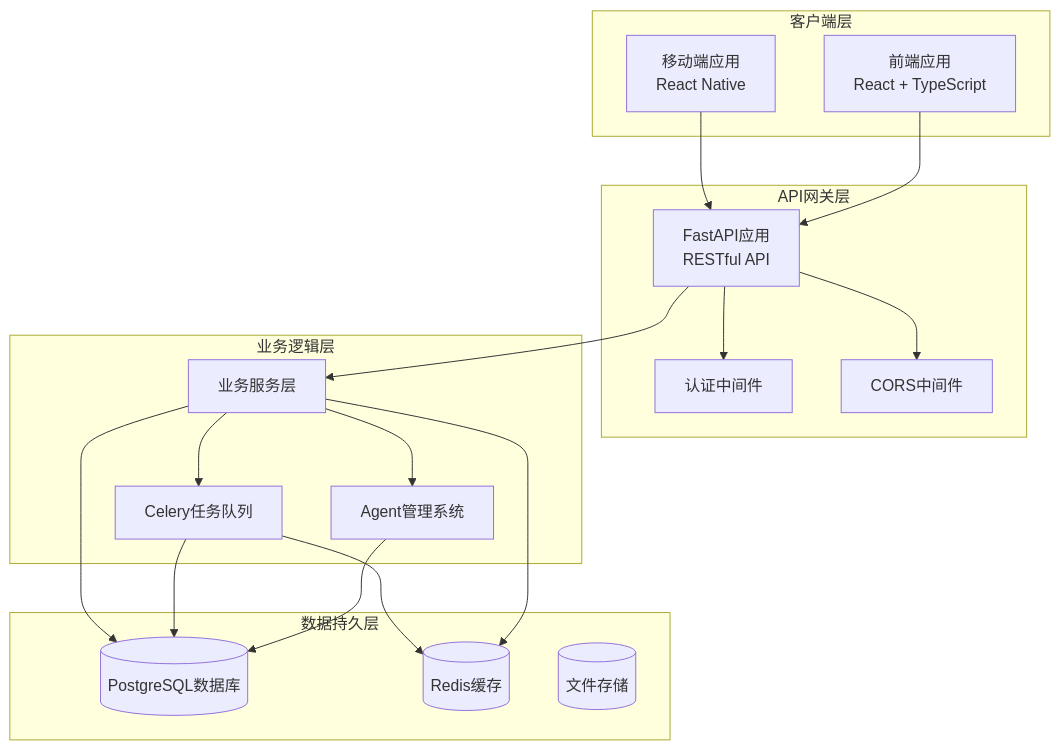
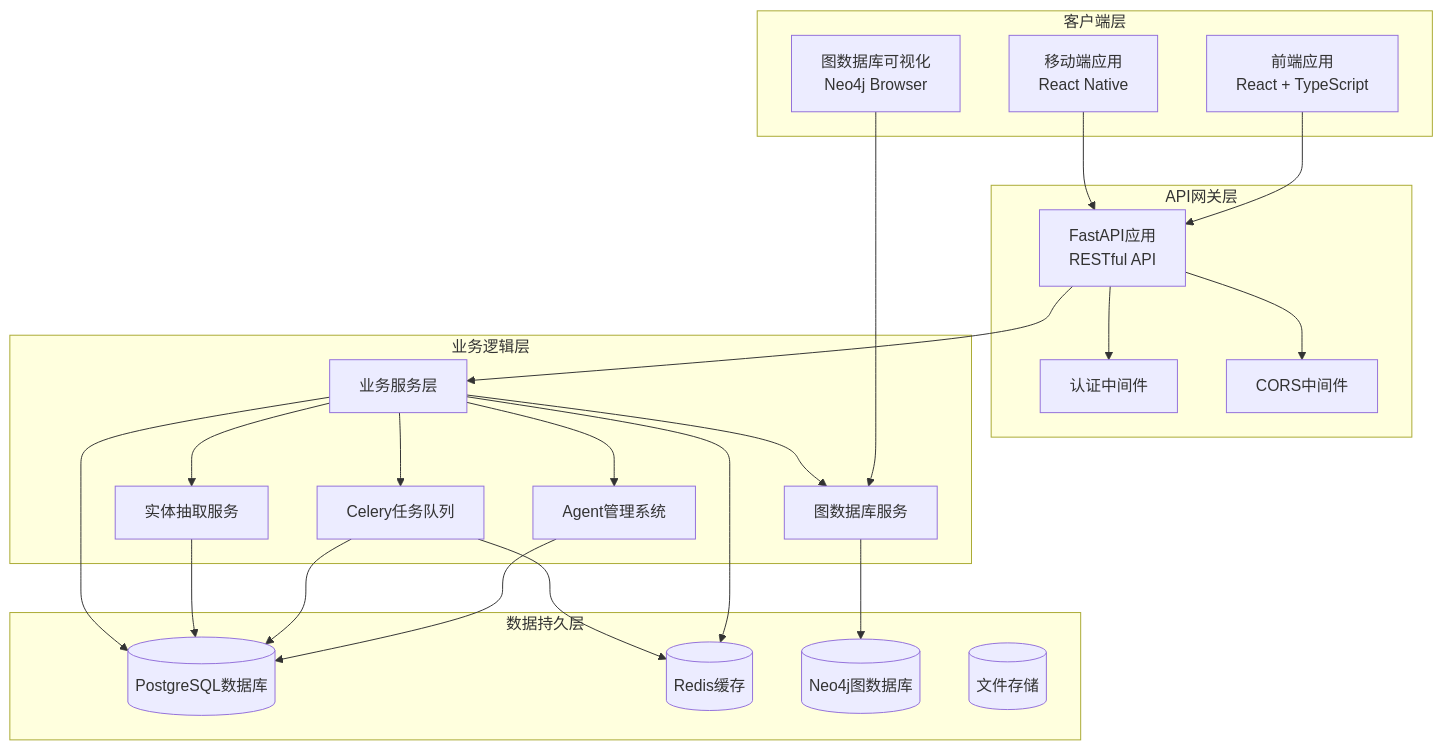
Before and after one commit to xfbyxq/ai-novel-system: the second of 8 diagrams in .qoder/repowiki/zh/content/Local Dev Guide.md, drawn with Mermaid. The commit also changed other lines of this file and 6 other files, not shown here.

First line of the commit message:
docs(devguide): 新增前端开发服务及图数据库集成章节

````diff
--- a/.qoder/repowiki/zh/content/Local Dev Guide.md
+++ b/.qoder/repowiki/zh/content/Local Dev Guide.md
@@ -128,34 +151,43 @@
 ```mermaid
 graph TB
 subgraph "客户端层"
 FE[前端应用<br/>React + TypeScript]
 Mobile[移动端应用<br/>React Native]
+GraphUI[图数据库可视化<br/>Neo4j Browser]
 end
 subgraph "API网关层"
 API[FastAPI应用<br/>RESTful API]
 Auth[认证中间件]
 CORS[CORS中间件]
 end
 subgraph "业务逻辑层"
 Services[业务服务层]
 Agents[Agent管理系统]
 Workers[Celery任务队列]
+GraphService[图数据库服务]
+EntityExtraction[实体抽取服务]
 end
 subgraph "数据持久层"
 DB[(PostgreSQL数据库)]
 Redis[(Redis缓存)]
+Neo4j[(Neo4j图数据库)]
 Storage[(文件存储)]
 end
 FE --> API
 Mobile --> API
+GraphUI --> GraphService
 API --> Auth
 API --> CORS
 API --> Services
 Services --> Agents
 Services --> Workers
+Services --> GraphService
+Services --> EntityExtraction
 Agents --> DB
 Workers --> DB
+GraphService --> Neo4j
+EntityExtraction --> DB
 Services --> DB
 Services --> Redis
 Workers --> Redis
 ```
````
